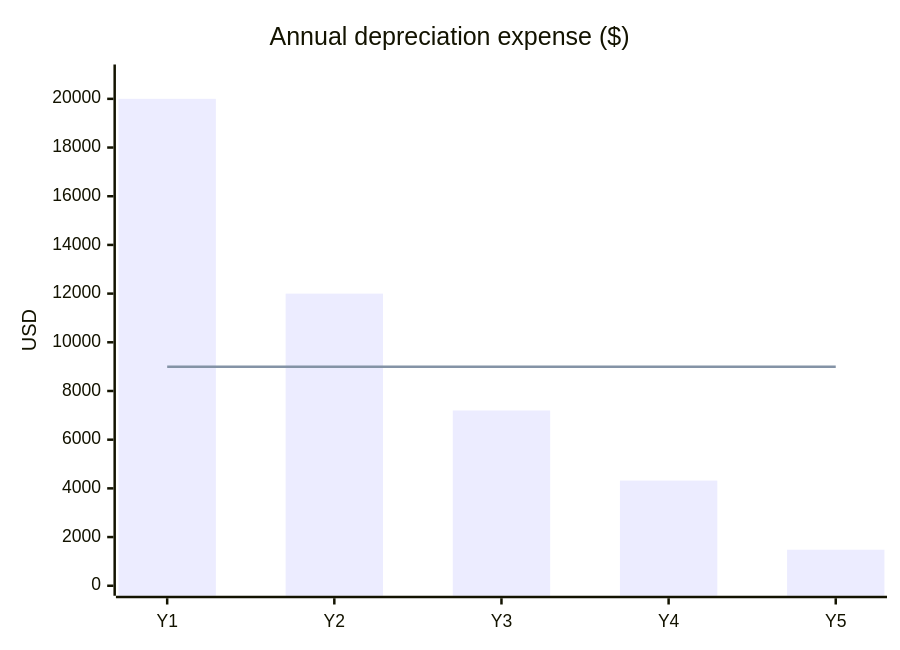
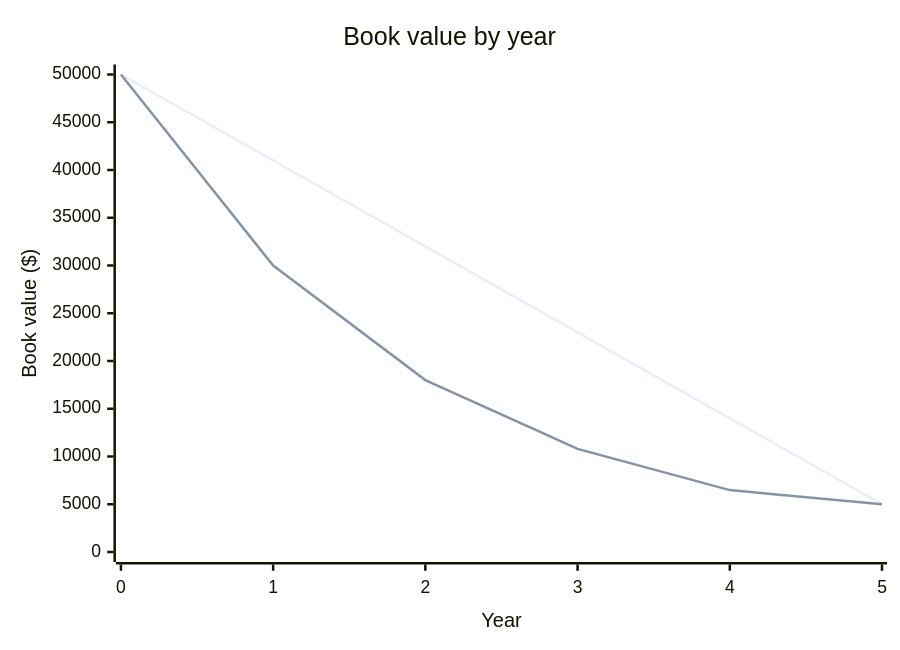
Before and after one commit to vrevolverrr/vicher: the diagram in eval/figure/generated/haiku/a-depreciation.md, drawn with Mermaid. The commit also changed other lines of this file and 105 other files, not shown here.

Commit message:
test(eval): regenerate the figure replies under the final prompt

````diff
--- a/eval/figure/generated/haiku/a-depreciation.md
+++ b/eval/figure/generated/haiku/a-depreciation.md
@@ -13,8 +36,8 @@
 ```mermaid
 xychart-beta
-    title "Annual depreciation expense ($)"
-    x-axis [Y1, Y2, Y3, Y4, Y5]
-    y-axis "USD" 0 --> 21000
-    bar [20000, 12000, 7200, 4320, 1480]
-    line [9000, 9000, 9000, 9000, 9000]
+    title "Book value by year"
+    x-axis "Year" [0, 1, 2, 3, 4, 5]
+    y-axis "Book value ($)" 0 --> 50000
+    line "Straight-line" [50000, 41000, 32000, 23000, 14000, 5000]
+    line "DDB" [50000, 30000, 18000, 10800, 6480, 5000]
 ```
````
